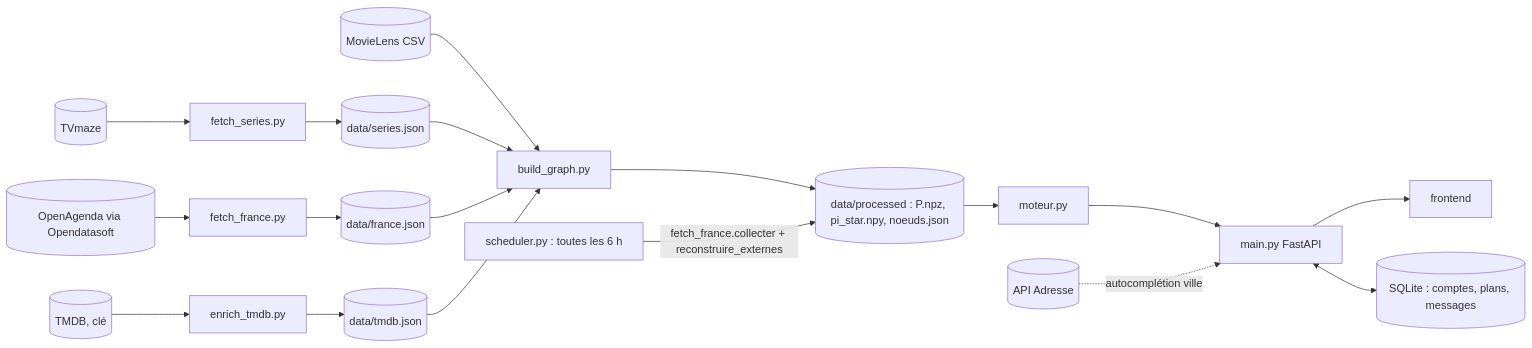
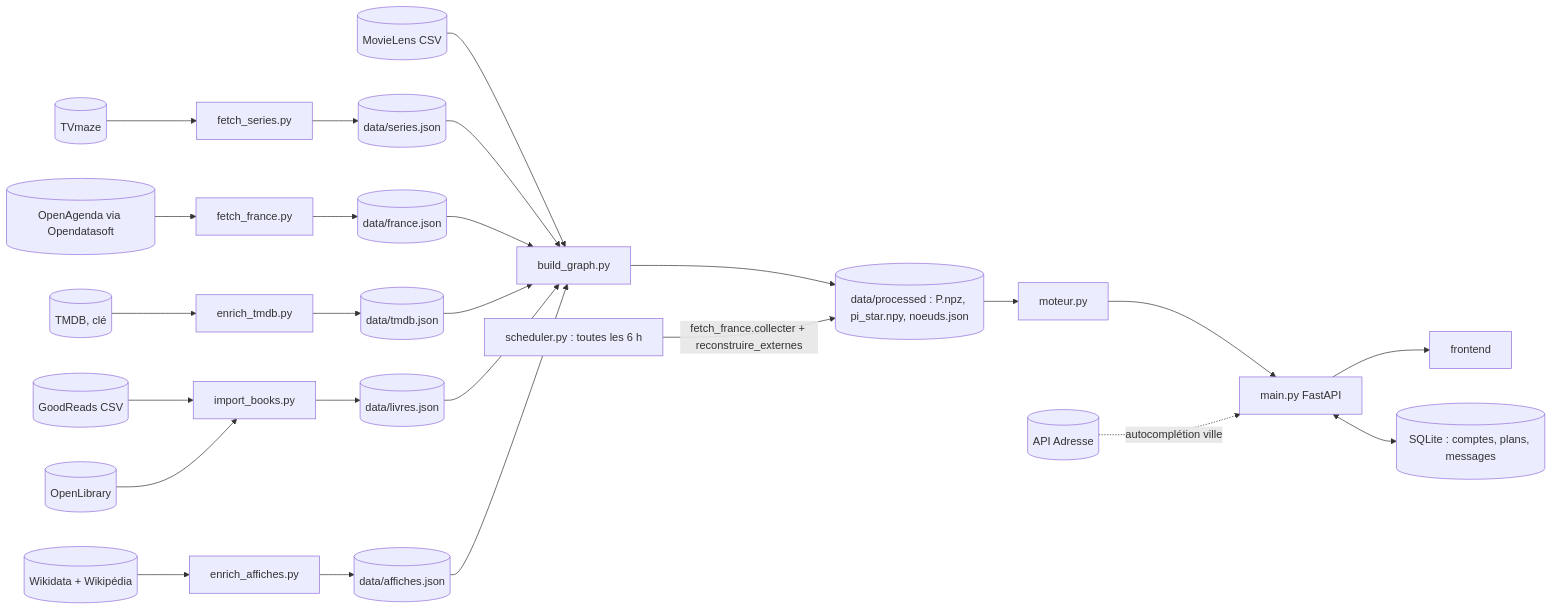
The diagram in docs/architecture.md (saadyia/hackathon_ennui), drawn with Mermaid before and after one commit. The commit also changed other lines of this file and 22 other files, not shown here.

First line of the commit message:
Livres, soirées & concerts, sorties publiées et affiches garanties

````diff
--- a/docs/architecture.md
+++ b/docs/architecture.md
@@ -4,12 +4,15 @@
 ```mermaid
 flowchart LR
   ML[(MovieLens CSV)] --> B[build_graph.py]
   TV[(TVmaze)] --> FS[fetch_series.py] --> SJ[(data/series.json)] --> B
   OA[(OpenAgenda via Opendatasoft)] --> FF[fetch_france.py] --> FJ[(data/france.json)] --> B
   TMDB[(TMDB, clé)] --> ET[enrich_tmdb.py] --> TJ[(data/tmdb.json)] --> B
+  GR[(GoodReads CSV)] --> IB[import_books.py] --> LJ[(data/livres.json)] --> B
+  OL[(OpenLibrary)] --> IB
+  WM[(Wikidata + Wikipédia)] --> EA[enrich_affiches.py] --> AJ[(data/affiches.json)] --> B
   B --> D[(data/processed : P.npz, pi_star.npy, noeuds.json)]
   D --> M[moteur.py] --> A[main.py FastAPI] --> F[frontend]
   AD[(API Adresse)] -. autocomplétion ville .-> A
   SC[scheduler.py : toutes les 6 h] -->|fetch_france.collecter + reconstruire_externes| D
   A <--> DB[(SQLite : comptes, plans, messages)]
 ```
````
